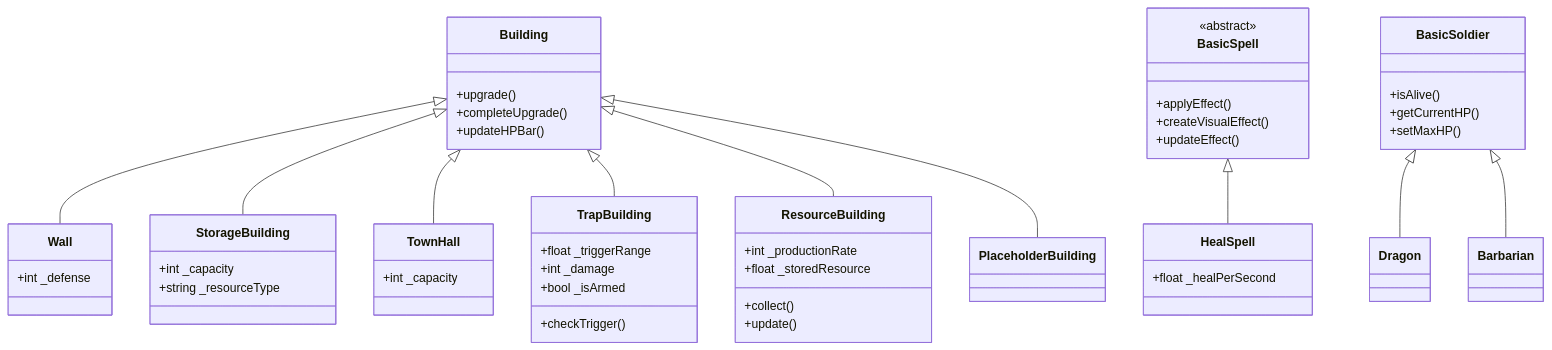
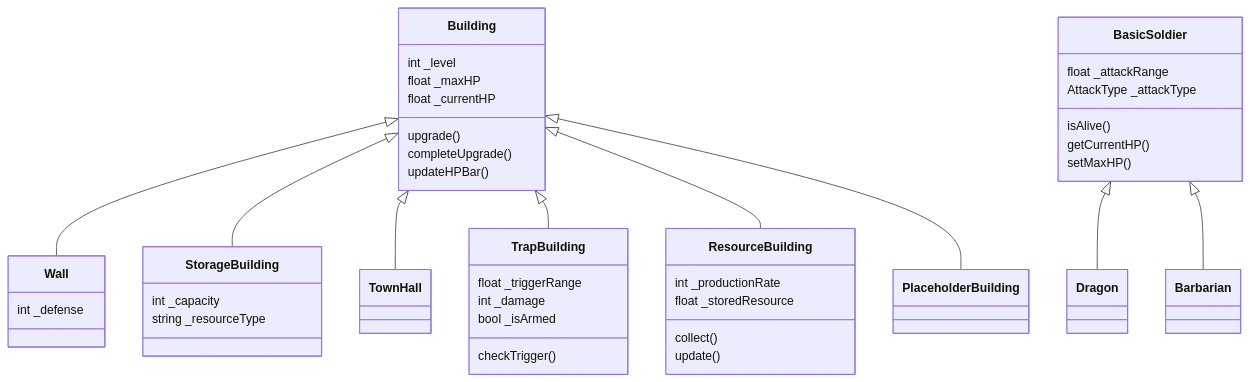
Before and after one commit to daisun643/COC: the diagram in doc.md, drawn with Mermaid. The commit also changed other lines of this file and 20 other files, not shown here.

````diff
--- a/doc.md
+++ b/doc.md
@@ -133,62 +148,52 @@
 ```mermaid
 classDiagram
     class Building {
-        +upgrade()
-        +completeUpgrade()
-        +updateHPBar()
+        int _level
+        float _maxHP
+        float _currentHP
+        upgrade()
+        completeUpgrade()
+        updateHPBar()
     }
     class Wall {
-        +int _defense
+        int _defense
     }
     class StorageBuilding {
-        +int _capacity
-        +string _resourceType
-    }
-    class TownHall {
-        +int _capacity
+        int _capacity
+        string _resourceType
     }
     class TrapBuilding {
-        +float _triggerRange
-        +int _damage
-        +bool _isArmed
-        +checkTrigger()
+        float _triggerRange
+        int _damage
+        bool _isArmed
+        checkTrigger()
     }
     class ResourceBuilding {
-        +int _productionRate
-        +float _storedResource
-        +collect()
-        +update()
-    }
-
-    class BasicSpell {
-        <<abstract>>
-        +applyEffect()
-        +createVisualEffect()
-        +updateEffect()
-    }
-    class HealSpell {
-        +float _healPerSecond
+        int _productionRate
+        float _storedResource
+        collect()
+        update()
     }
 
     class BasicSoldier {
-        +isAlive()
-        +getCurrentHP()
-        +setMaxHP()
+        float _attackRange
+        AttackType _attackType
+        isAlive()
+        getCurrentHP()
+        setMaxHP()
     }
     class Dragon {
     }
     class Barbarian {
     }
 
     Building <|-- Wall
     Building <|-- StorageBuilding
     Building <|-- TownHall
     Building <|-- TrapBuilding
     Building <|-- ResourceBuilding
     Building <|-- PlaceholderBuilding
 
-    BasicSpell <|-- HealSpell
-
     BasicSoldier <|-- Dragon
     BasicSoldier <|-- Barbarian
 ```
````
